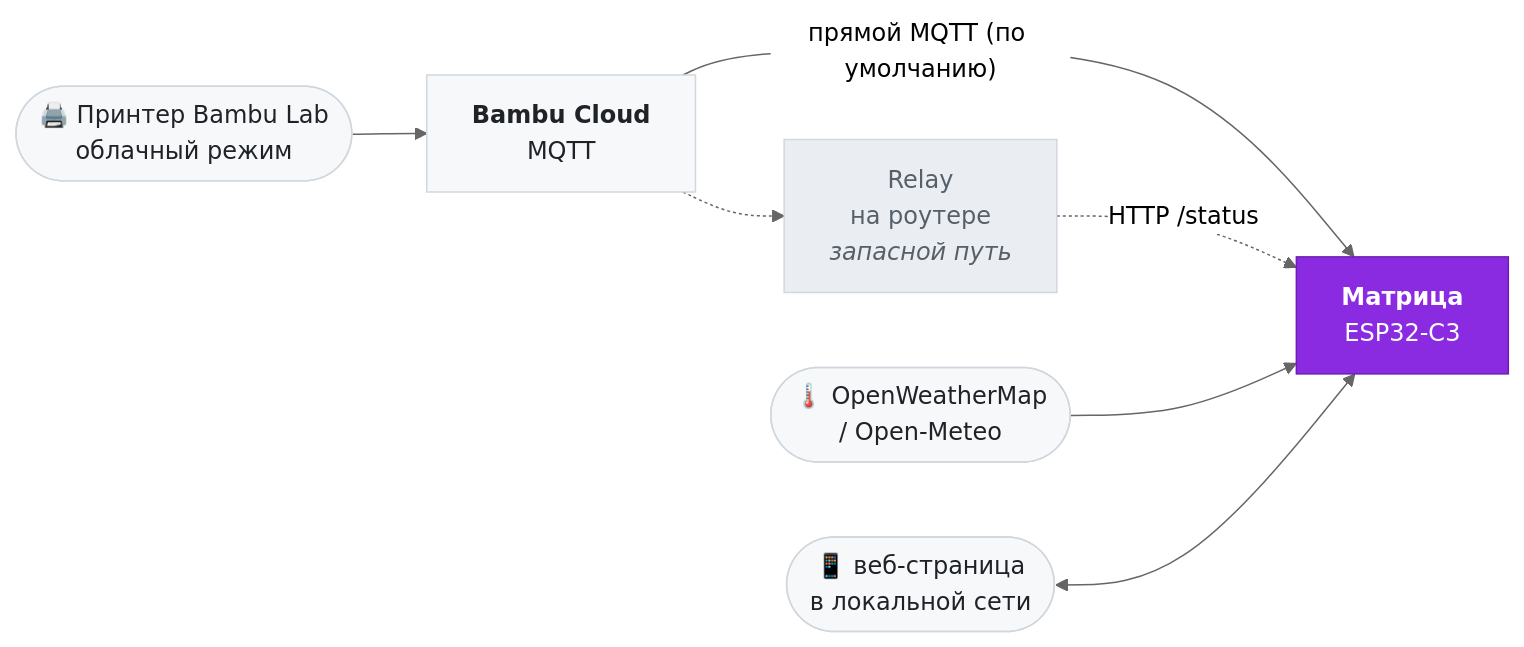
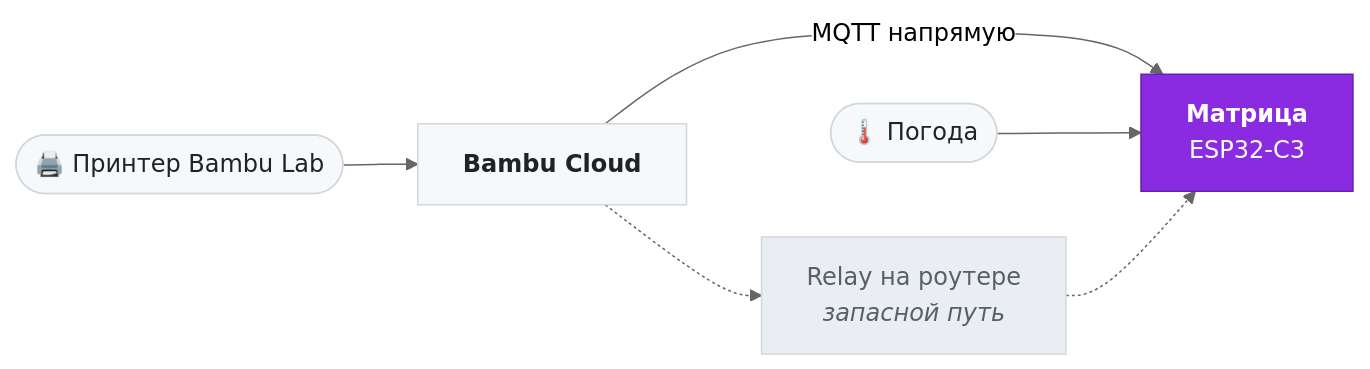
Before and after one commit to Keshaqaz/bambu-ledmatrix: the diagram in docs/README.ru.md, drawn with Mermaid (neutral theme). The commit also changed other lines of this file and 1 other file, not shown here.

First line of the commit message:
Rewrite the READMEs: shorter, lead with the standalone Cloud link

````diff
--- a/docs/README.ru.md
+++ b/docs/README.ru.md
@@ -81,23 +99,20 @@
 ```mermaid
 flowchart LR
-  printer(["🖨️ Принтер Bambu Lab<br/>облачный режим"])
-  cloud["<b>Bambu Cloud</b><br/>MQTT"]
+  printer(["🖨️ Принтер Bambu Lab"])
+  cloud["<b>Bambu Cloud</b>"]
   matrix["<b>Матрица</b><br/>ESP32-C3"]
-  relay["Relay<br/>на роутере<br/><i>запасной путь</i>"]
-  weather(["🌡️ OpenWeatherMap<br/>/ Open-Meteo"])
-  phone(["📱 веб-страница<br/>в локальной сети"])
+  weather(["🌡️ Погода"])
+  relay["Relay на роутере<br/><i>запасной путь</i>"]
 
   printer --> cloud
-  cloud -- "прямой MQTT (по умолчанию)" --> matrix
-  cloud -.-> relay
-  relay -. "HTTP /status" .-> matrix
+  cloud -- "MQTT напрямую" --> matrix
   weather --> matrix
-  phone <--> matrix
+  cloud -.-> relay -.-> matrix
 
   classDef ext fill:#f6f8fa,stroke:#d0d7de,color:#1f2328
   classDef main fill:#8A2BE2,stroke:#6a1fb0,color:#ffffff
   classDef idle fill:#eaeef2,stroke:#d0d7de,color:#57606a
-  class printer,cloud,weather,phone ext
+  class printer,cloud,weather ext
   class matrix main
   class relay idle
 ```
````
